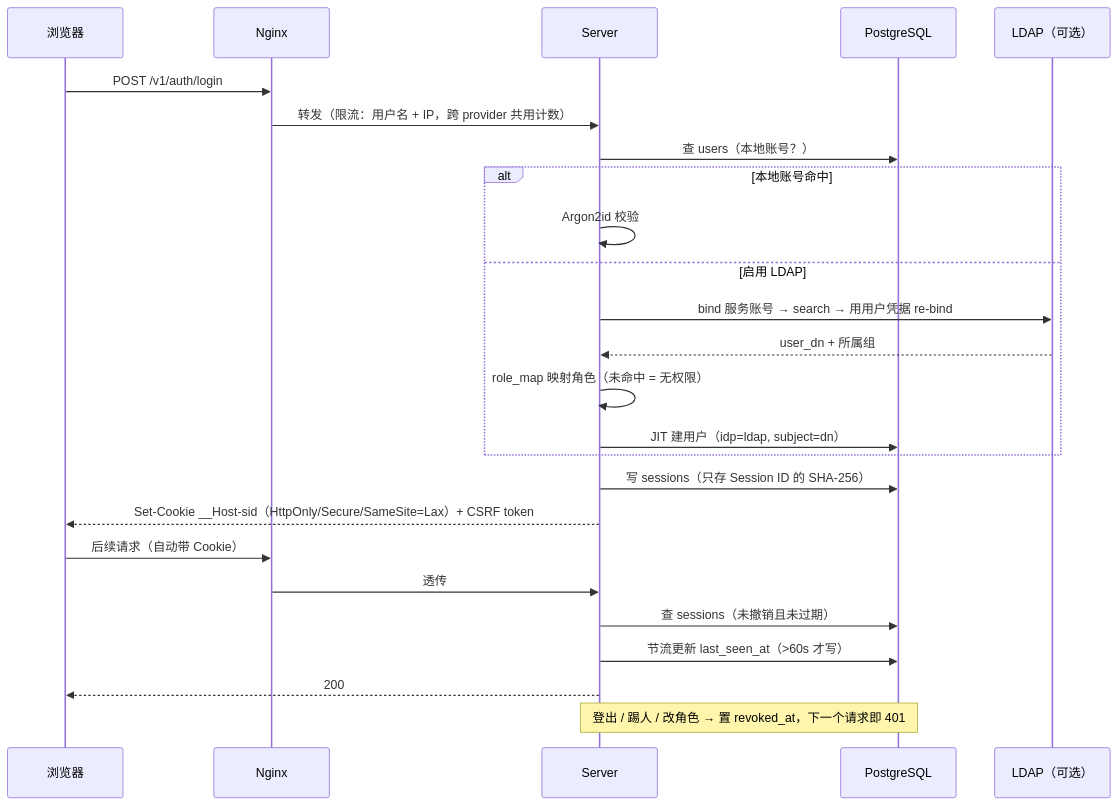
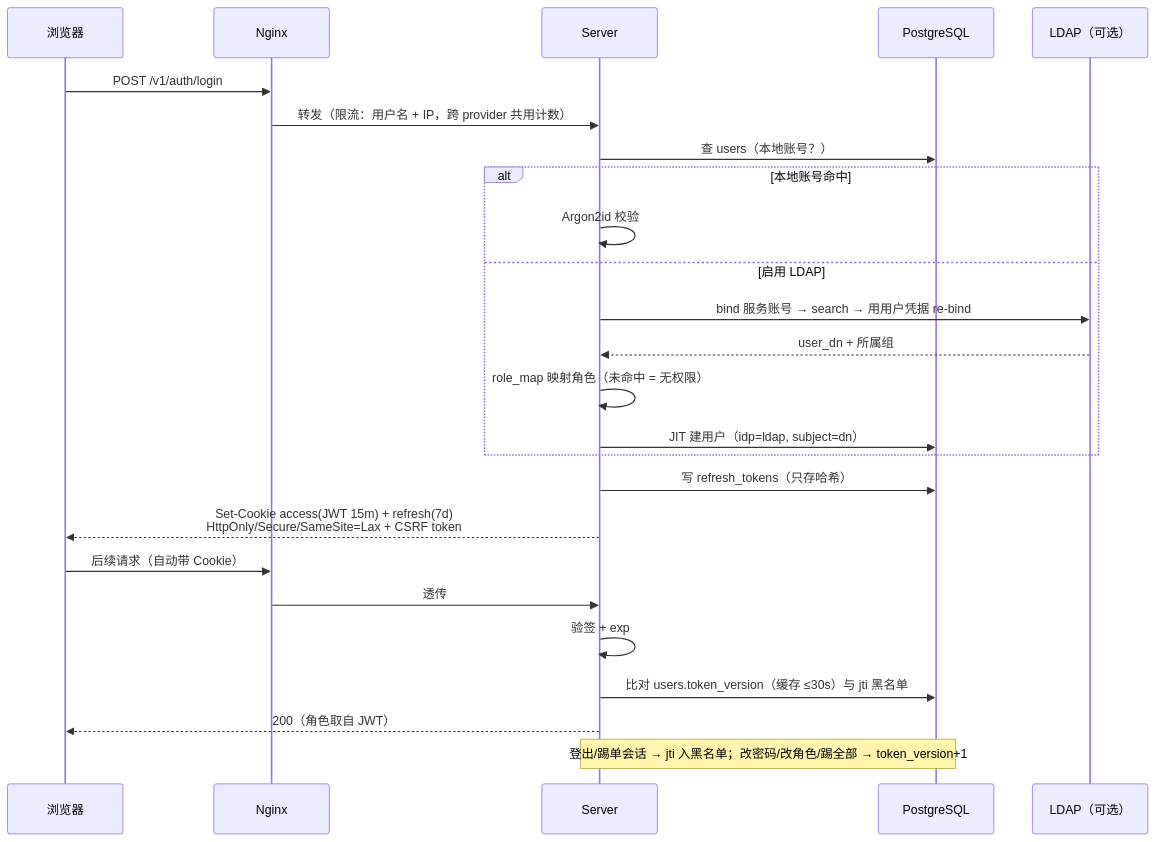
Before and after one commit to lnsyyj/winter: the fifth of 10 diagrams in docs/02-研发线/04-架构师/架构设计-Ceph管理平台.md, drawn with Mermaid. The commit also changed other lines of this file and 7 other files, not shown here.

First line of the commit message:
docs(arch): 复核 6 处矛盾，会话改为 JWT + 版本号/黑名单（ADR-34）

````diff
--- a/docs/02-研发线/04-架构师/架构设计-Ceph管理平台.md
+++ b/docs/02-研发线/04-架构师/架构设计-Ceph管理平台.md
@@ -291,28 +293,28 @@
 ```mermaid
 sequenceDiagram
     participant U as 浏览器
     participant N as Nginx
     participant S as Server
     participant DB as PostgreSQL
     participant L as LDAP（可选）
 
     U->>N: POST /v1/auth/login
     N->>S: 转发（限流：用户名 + IP，跨 provider 共用计数）
     S->>DB: 查 users（本地账号？）
     alt 本地账号命中
         S->>S: Argon2id 校验
     else 启用 LDAP
         S->>L: bind 服务账号 → search → 用用户凭据 re-bind
         L-->>S: user_dn + 所属组
         S->>S: role_map 映射角色（未命中 = 无权限）
         S->>DB: JIT 建用户（idp=ldap, subject=dn）
     end
-    S->>DB: 写 sessions（只存 Session ID 的 SHA-256）
-    S-->>U: Set-Cookie __Host-sid（HttpOnly/Secure/SameSite=Lax）+ CSRF token
+    S->>DB: 写 refresh_tokens（只存哈希）
+    S-->>U: Set-Cookie access(JWT 15m) + refresh(7d)<br/>HttpOnly/Secure/SameSite=Lax + CSRF token
     U->>N: 后续请求（自动带 Cookie）
     N->>S: 透传
-    S->>DB: 查 sessions（未撤销且未过期）
-    S->>DB: 节流更新 last_seen_at（>60s 才写）
-    S-->>U: 200
-    Note over S,DB: 登出 / 踢人 / 改角色 → 置 revoked_at，下一个请求即 401
+    S->>S: 验签 + exp
+    S->>DB: 比对 users.token_version（缓存 ≤30s）与 jti 黑名单
+    S-->>U: 200（角色取自 JWT）
+    Note over S,DB: 登出/踢单会话 → jti 入黑名单；改密码/改角色/踢全部 → token_version+1
 ```
````
